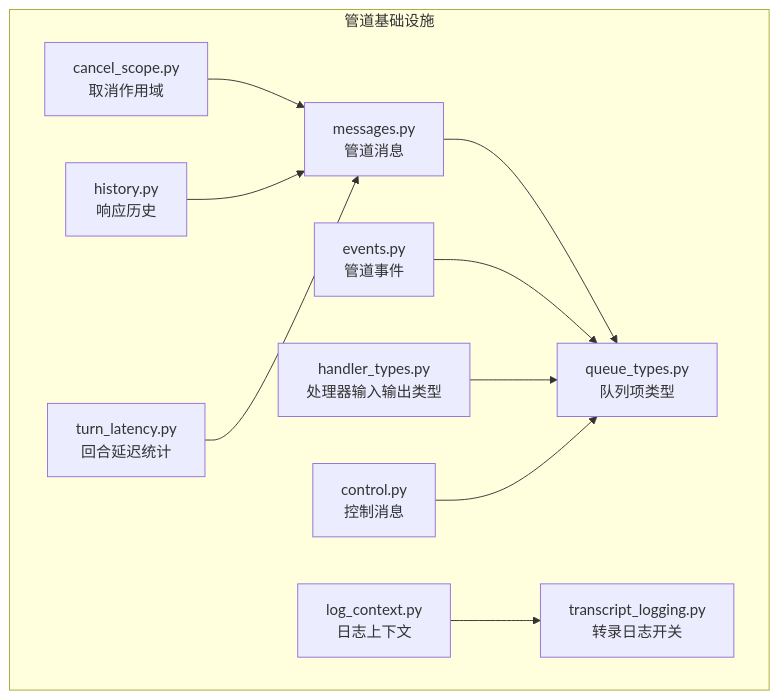
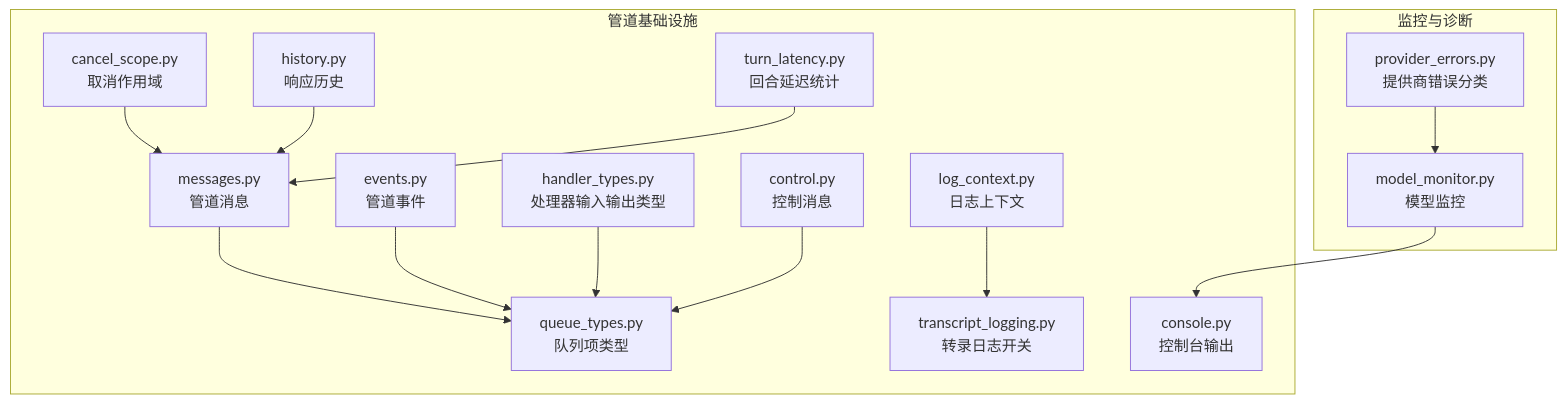
The first of 14 diagrams in .qoder/repowiki/zh/content/管道和事件系统/管道和事件系统.md (joezxh/speech-to-speech), drawn with Mermaid before and after one commit. The commit also changed other lines of this file and 1743 other files, not shown here.

````diff
--- a/.qoder/repowiki/zh/content/管道和事件系统/管道和事件系统.md
+++ b/.qoder/repowiki/zh/content/管道和事件系统/管道和事件系统.md
@@ -43,23 +56,30 @@
 ```mermaid
 graph TB
 subgraph "管道基础设施"
 M["messages.py<br/>管道消息"]
 E["events.py<br/>管道事件"]
 Q["queue_types.py<br/>队列项类型"]
 H["handler_types.py<br/>处理器输入输出类型"]
 C["control.py<br/>控制消息"]
 CS["cancel_scope.py<br/>取消作用域"]
 HL["history.py<br/>响应历史"]
 LC["log_context.py<br/>日志上下文"]
 TL["transcript_logging.py<br/>转录日志开关"]
 TLT["turn_latency.py<br/>回合延迟统计"]
+CONSOLE["console.py<br/>控制台输出"]
+end
+subgraph "监控与诊断"
+MM["model_monitor.py<br/>模型监控"]
+PE["provider_errors.py<br/>提供商错误分类"]
 end
 M --> Q
 E --> Q
 H --> Q
 C --> Q
 CS --> M
 HL --> M
 LC --> TL
 TLT --> M
+MM --> CONSOLE
+PE --> MM
 ```
````
